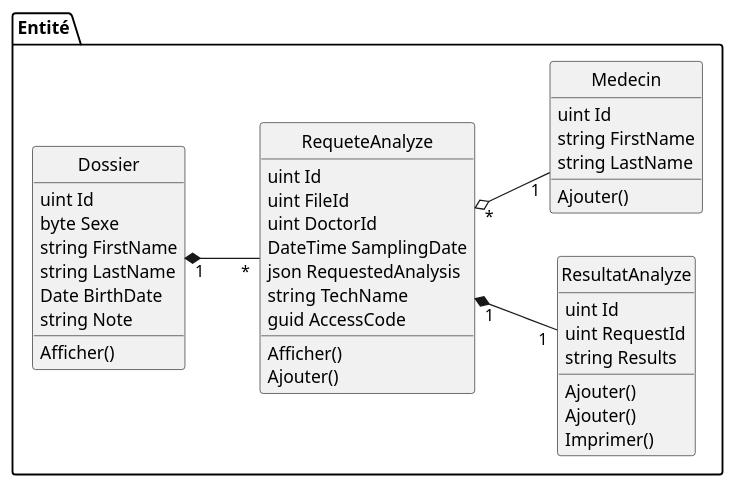
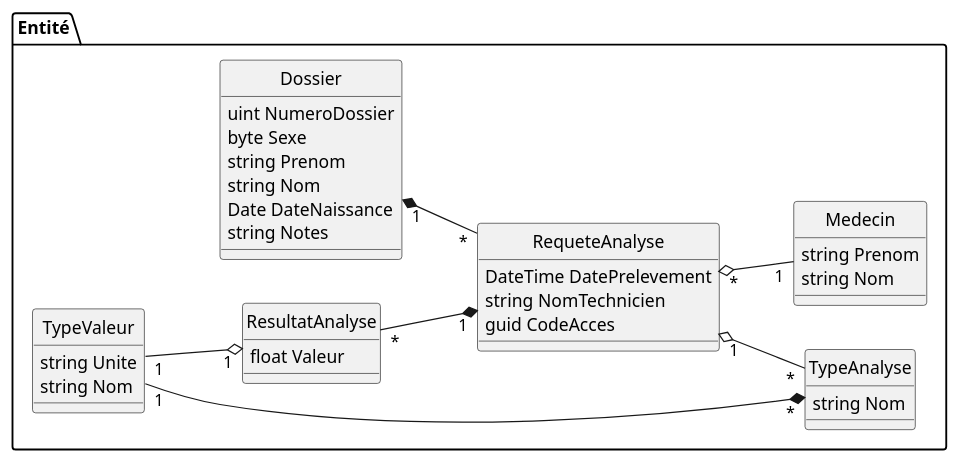
The diagram in Docs/Analyse_Sanguine/1_Analyse/Details.md (MainKarl/Rooftop), drawn with PlantUML before and after one commit. The commit also changed 1 other file, not shown here.

Commit message:
Finalisation du diagramme de détail

````diff
--- a/Docs/Analyse_Sanguine/1_Analyse/Details.md
+++ b/Docs/Analyse_Sanguine/1_Analyse/Details.md
@@ -3,53 +3,48 @@
 ```plantuml
 
 hide circle
 left to right direction
+
 package Entité{
     class "Dossier" as file{
-        uint Id
+        uint NumeroDossier
         byte Sexe
-        string FirstName
-        string LastName
-        Date BirthDate
-        string Note
-
-        Afficher()        
+        string Prenom
+        string Nom
+        Date DateNaissance
+        string Notes
     }
 
-    class "RequeteAnalyze" as analysisRequest{
-        uint Id
-        uint FileId
-        uint DoctorId
-        DateTime SamplingDate
-        json RequestedAnalysis
-        string TechName
-        guid AccessCode
-
-        Afficher()
-        Ajouter()
+    class "RequeteAnalyse" as analysisRequest{
+        DateTime DatePrelevement
+        string NomTechnicien
+        guid CodeAcces
     }
     
-    class "ResultatAnalyze" as analysisResult{
-        uint Id
-        uint RequestId
-        string Results
-
-        Ajouter()
-        Ajouter()
-        Imprimer()
+    class "Medecin" as doctor{
+        string Prenom
+        string Nom
     }
 
-    class "Medecin" as doctor{
-        uint Id
-        string FirstName
-        string LastName
+    class "ResultatAnalyse" as analysisResult{
+        float Valeur
+    }
+    
+    class "TypeValeur" as testType{
+        string Unite
+        string Nom
+    } 
 
-        Ajouter()
+    class "TypeAnalyse" as analysisType{
+        string Nom
     }
 
     file "1" *-- "*" analysisRequest
-    analysisRequest "1" *-- "1" analysisResult
     analysisRequest "*" o-- "1" doctor
+    analysisResult "*" --* "1" analysisRequest
+    testType "1" --o "1" analysisResult
+    testType "1" --* "*" analysisType 
+    analysisRequest "1" o-- "*" analysisType
 }
 
 ```
````
